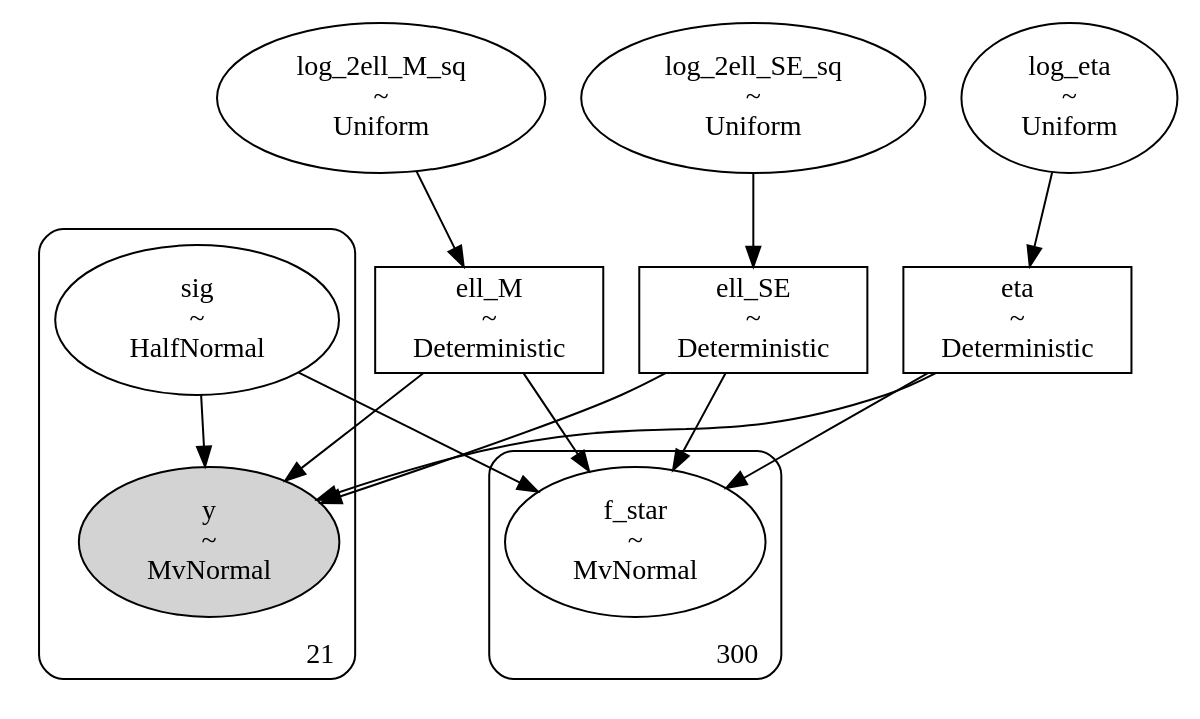
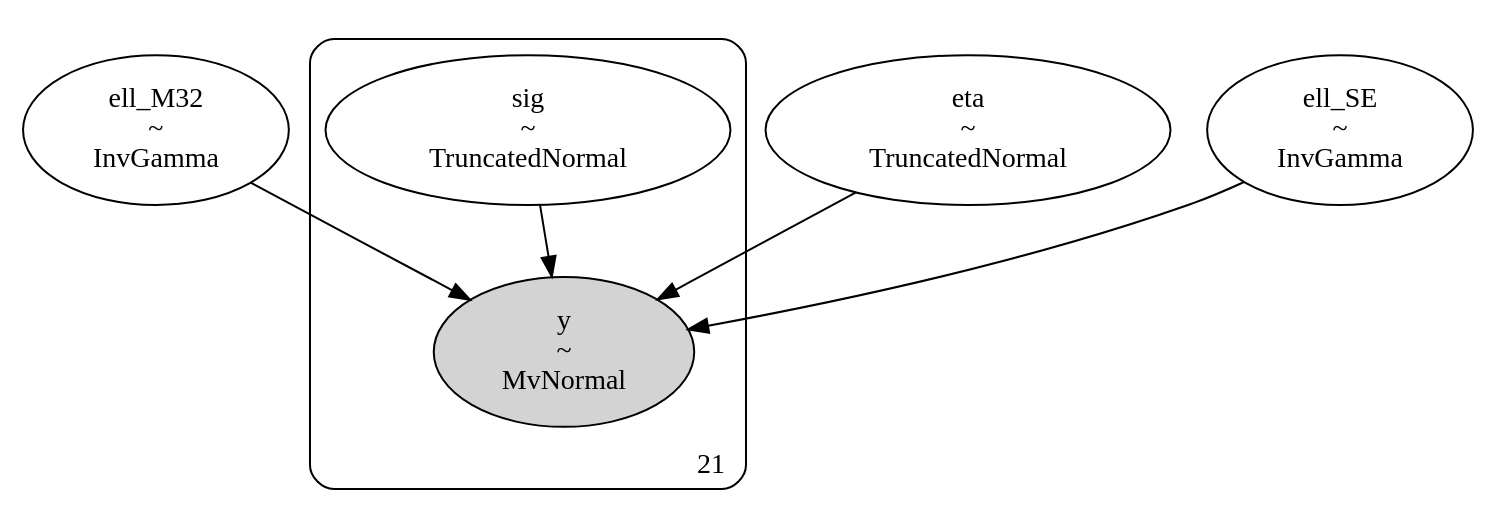
The diagram in dags/428_ra236.530_dec-46.922_4U1543TraPDB_andersson_sexm32_dag.dot (shihchingfu/gp-sandbox-thunderkat), drawn with Graphviz before and after one commit. The commit also changed 11 other files, not shown here.

```diff
--- a/dags/428_ra236.530_dec-46.922_4U1543TraPDB_andersson_sexm32_dag.dot
+++ b/dags/428_ra236.530_dec-46.922_4U1543TraPDB_andersson_sexm32_dag.dot
@@ -1,46 +1,24 @@
 digraph {
-	log_2ell_SE_sq [label="log_2ell_SE_sq
+	ell_M32 [label="ell_M32
 ~
-Uniform" shape=ellipse]
+InvGamma" shape=ellipse]
+	eta [label="eta
+~
+TruncatedNormal" shape=ellipse]
 	ell_SE [label="ell_SE
 ~
-Deterministic" shape=box]
-	log_2ell_M_sq [label="log_2ell_M_sq
-~
-Uniform" shape=ellipse]
-	eta [label="eta
-~
-Deterministic" shape=box]
-	log_eta [label="log_eta
-~
-Uniform" shape=ellipse]
-	ell_M [label="ell_M
-~
-Deterministic" shape=box]
+InvGamma" shape=ellipse]
 	subgraph cluster21 {
 		y [label="y
 ~
 MvNormal" shape=ellipse style=filled]
 		sig [label="sig
 ~
-HalfNormal" shape=ellipse]
+TruncatedNormal" shape=ellipse]
 		label=21 labeljust=r labelloc=b style=rounded
 	}
-	subgraph cluster300 {
-		f_star [label="f_star
-~
-MvNormal" shape=ellipse]
-		label=300 labeljust=r labelloc=b style=rounded
-	}
-	log_2ell_SE_sq -> ell_SE
-	log_2ell_M_sq -> ell_M
-	log_eta -> eta
+	ell_M32 -> y
 	eta -> y
-	ell_M -> y
+	ell_SE -> y
 	sig -> y
-	ell_SE -> y
-	eta -> f_star
-	ell_M -> f_star
-	sig -> f_star
-	ell_SE -> f_star
 }
```
